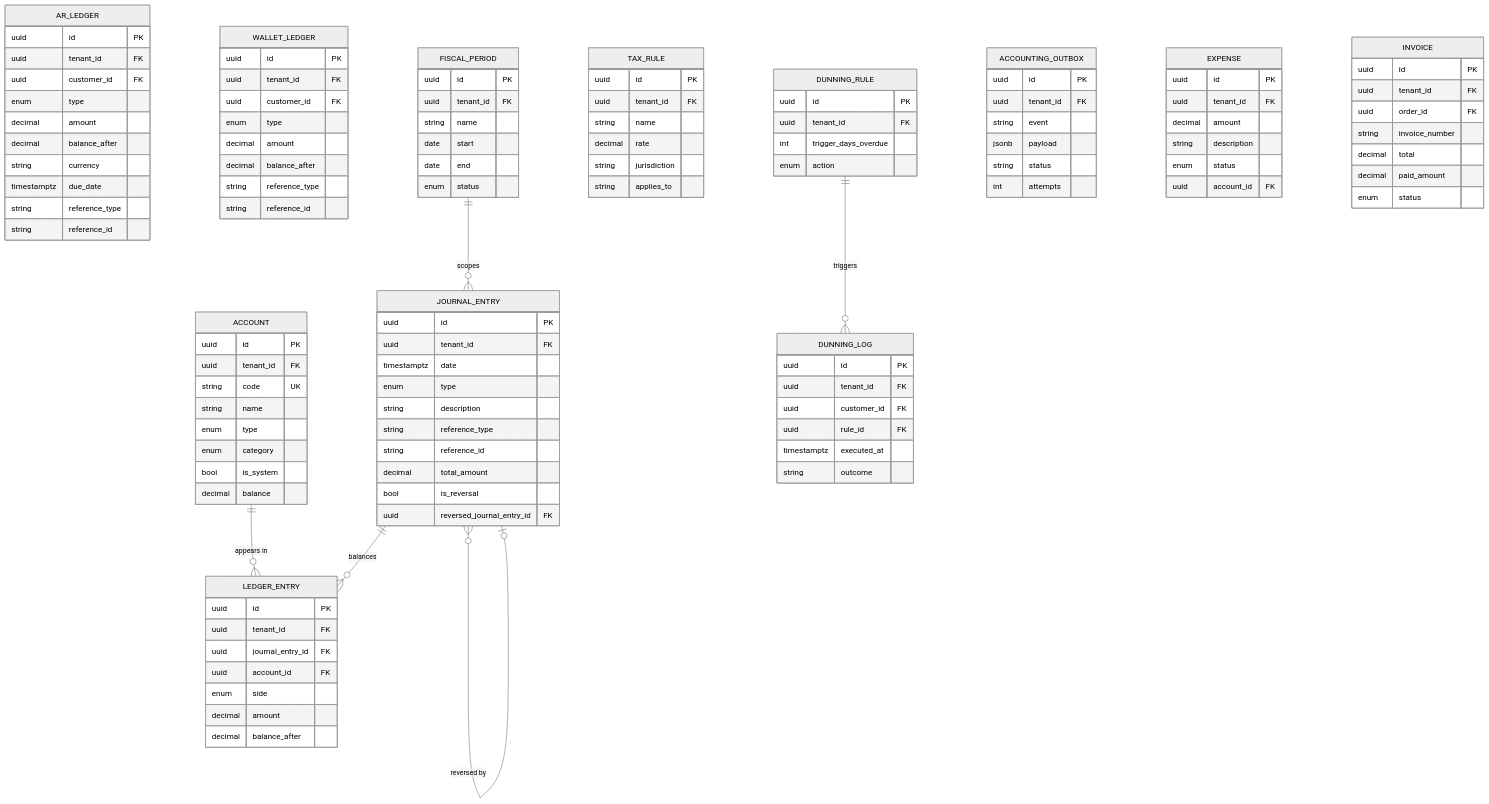
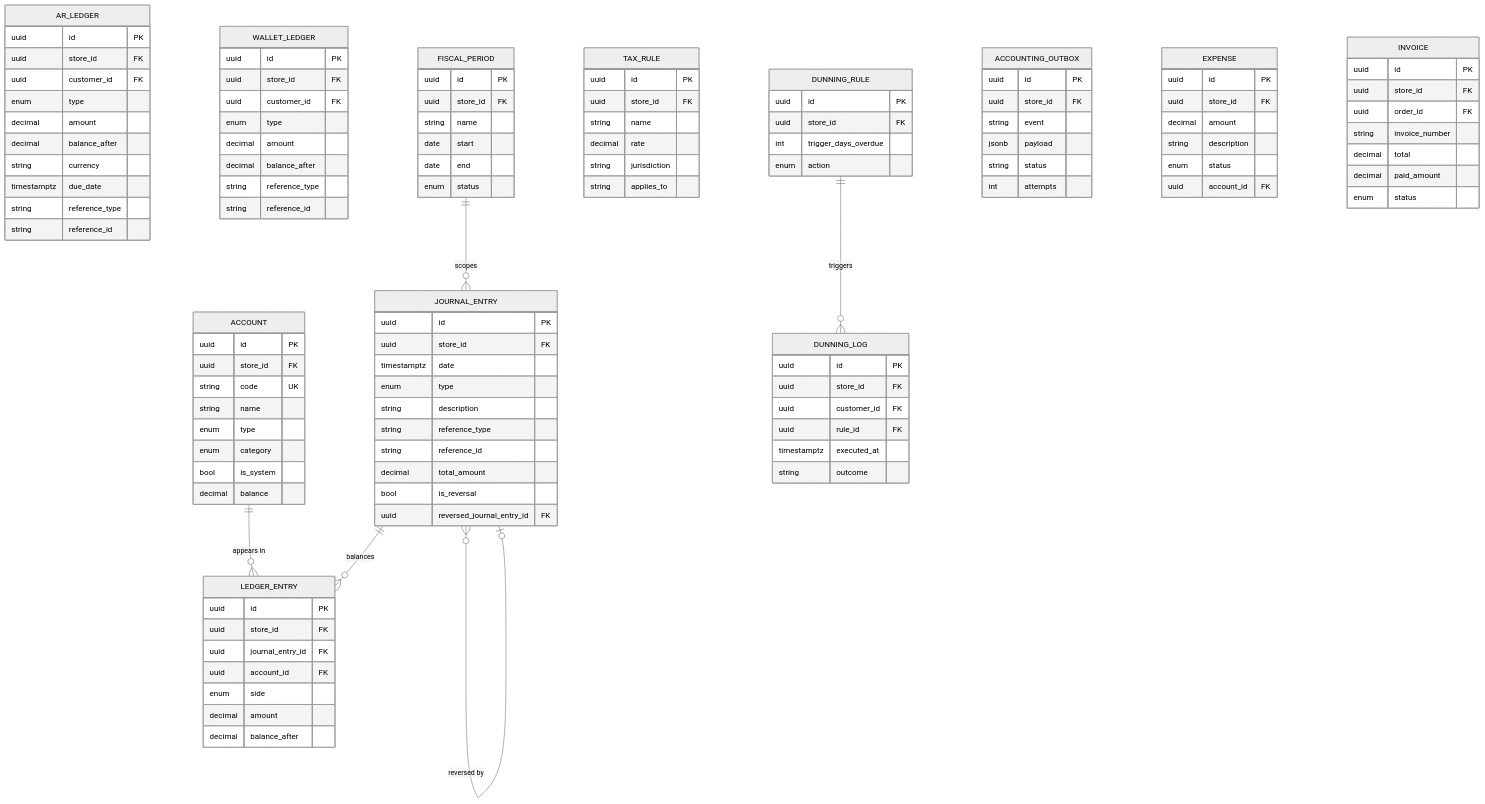
The ninth of 14 diagrams in doc/system-design/erp_master_database_design.md (gowtamkumar/eCommerce-multi-store-saas-erp), drawn with Mermaid (neutral theme) before and after one commit. The commit also changed other lines of this file and 764 other files, not shown here.

```diff
--- a/doc/system-design/erp_master_database_design.md
+++ b/doc/system-design/erp_master_database_design.md
@@ -843,7 +843,7 @@
 erDiagram
   ACCOUNT {
     uuid id PK
-    uuid tenant_id FK
+    uuid store_id FK
     string code UK
     string name
     enum type
@@ -853,7 +853,7 @@
   }
   JOURNAL_ENTRY {
     uuid id PK
-    uuid tenant_id FK
+    uuid store_id FK
     timestamptz date
     enum type
     string description
@@ -865,7 +865,7 @@
   }
   LEDGER_ENTRY {
     uuid id PK
-    uuid tenant_id FK
+    uuid store_id FK
     uuid journal_entry_id FK
     uuid account_id FK
     enum side
@@ -874,7 +874,7 @@
   }
   AR_LEDGER {
     uuid id PK
-    uuid tenant_id FK
+    uuid store_id FK
     uuid customer_id FK
     enum type
     decimal amount
@@ -886,7 +886,7 @@
   }
   WALLET_LEDGER {
     uuid id PK
-    uuid tenant_id FK
+    uuid store_id FK
     uuid customer_id FK
     enum type
     decimal amount
@@ -896,7 +896,7 @@
   }
   FISCAL_PERIOD {
     uuid id PK
-    uuid tenant_id FK
+    uuid store_id FK
     string name
     date start
     date end
@@ -904,7 +904,7 @@
   }
   TAX_RULE {
     uuid id PK
-    uuid tenant_id FK
+    uuid store_id FK
     string name
     decimal rate
     string jurisdiction
@@ -912,13 +912,13 @@
   }
   DUNNING_RULE {
     uuid id PK
-    uuid tenant_id FK
+    uuid store_id FK
     int trigger_days_overdue
     enum action
   }
   DUNNING_LOG {
     uuid id PK
-    uuid tenant_id FK
+    uuid store_id FK
     uuid customer_id FK
     uuid rule_id FK
     timestamptz executed_at
@@ -926,7 +926,7 @@
   }
   ACCOUNTING_OUTBOX {
     uuid id PK
-    uuid tenant_id FK
+    uuid store_id FK
     string event
     jsonb payload
     string status
@@ -934,7 +934,7 @@
   }
   EXPENSE {
     uuid id PK
-    uuid tenant_id FK
+    uuid store_id FK
     decimal amount
     string description
     enum status
@@ -942,7 +942,7 @@
   }
   INVOICE {
     uuid id PK
-    uuid tenant_id FK
+    uuid store_id FK
     uuid order_id FK
     string invoice_number
     decimal total
```
